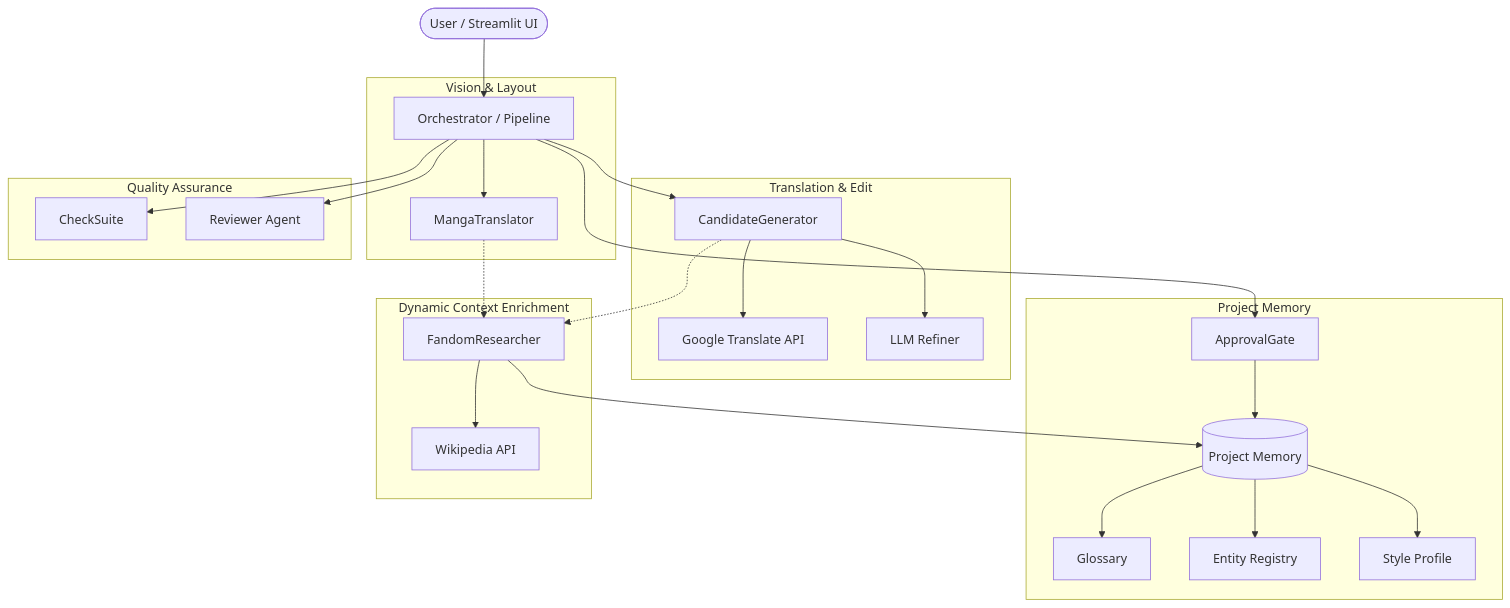
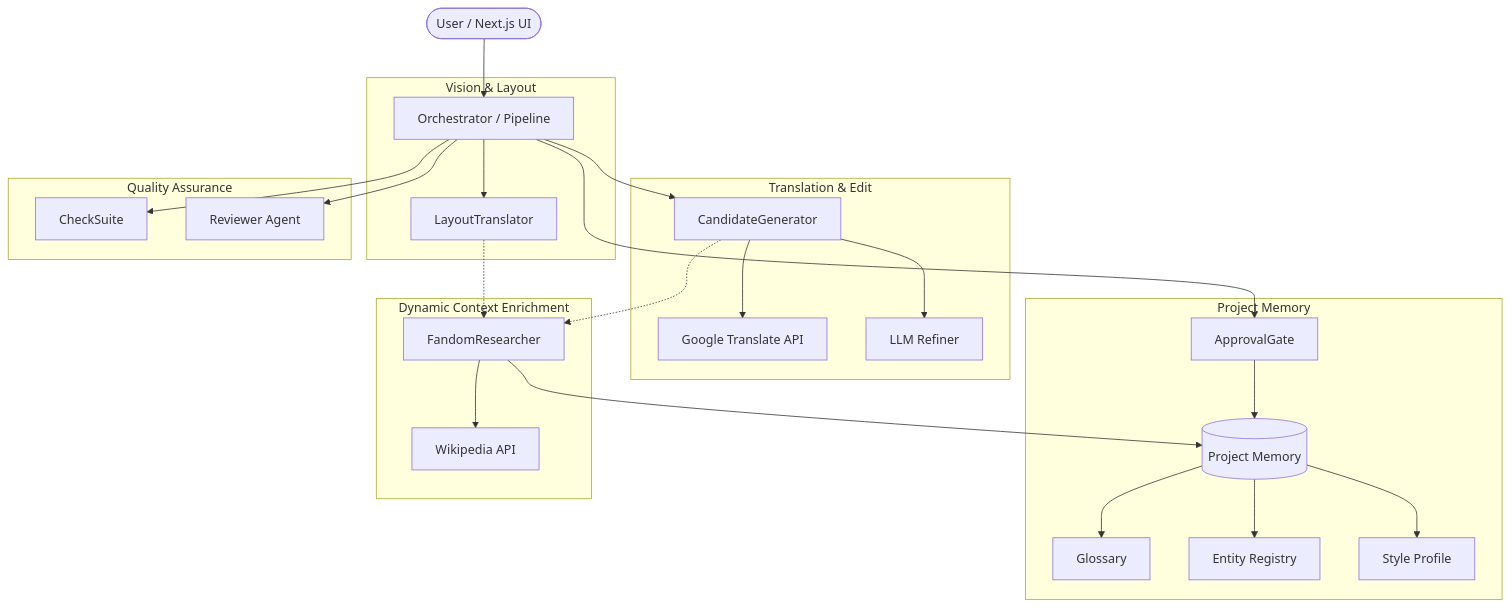
One commit to crimzonlilia/drs-v3 changed the diagram in docs/architecture.md. Above: the diagram before and after it, drawn with Mermaid. The commit also changed other lines of this file and 29 other files, not shown here.

````diff
--- a/docs/architecture.md
+++ b/docs/architecture.md
@@ -9,34 +9,34 @@
 ```mermaid
 graph TD
-    User([User / Streamlit UI]) --> Orchestrator[Orchestrator / Pipeline]
+    User([User / Next.js UI]) --> Orchestrator[Orchestrator / Pipeline]
     
     subgraph Vision & Layout
-        Orchestrator --> MangaTranslator[MangaTranslator]
+        Orchestrator --> LayoutTranslator[LayoutTranslator]
     end
     
     subgraph Translation & Edit
         Orchestrator --> CandidateGenerator[CandidateGenerator]
         CandidateGenerator --> GT[Google Translate API]
         CandidateGenerator --> LLM_Refine[LLM Refiner]
     end
     
     subgraph Quality Assurance
         Orchestrator --> CheckSuite[CheckSuite]
         Orchestrator --> Reviewer[Reviewer Agent]
     end
     
     subgraph Project Memory
         Orchestrator --> ApprovalGate[ApprovalGate]
         ApprovalGate --> ProjectMemory[(Project Memory)]
         ProjectMemory --> Glossary[Glossary]
         ProjectMemory --> Entities[Entity Registry]
         ProjectMemory --> Style[Style Profile]
     end
 
     subgraph Dynamic Context Enrichment
         CandidateGenerator -.-> FandomResearcher[FandomResearcher]
-        MangaTranslator -.-> FandomResearcher
+        LayoutTranslator -.-> FandomResearcher
         FandomResearcher --> Wiki[Wikipedia API]
         FandomResearcher --> ProjectMemory
     end
 ```
````
